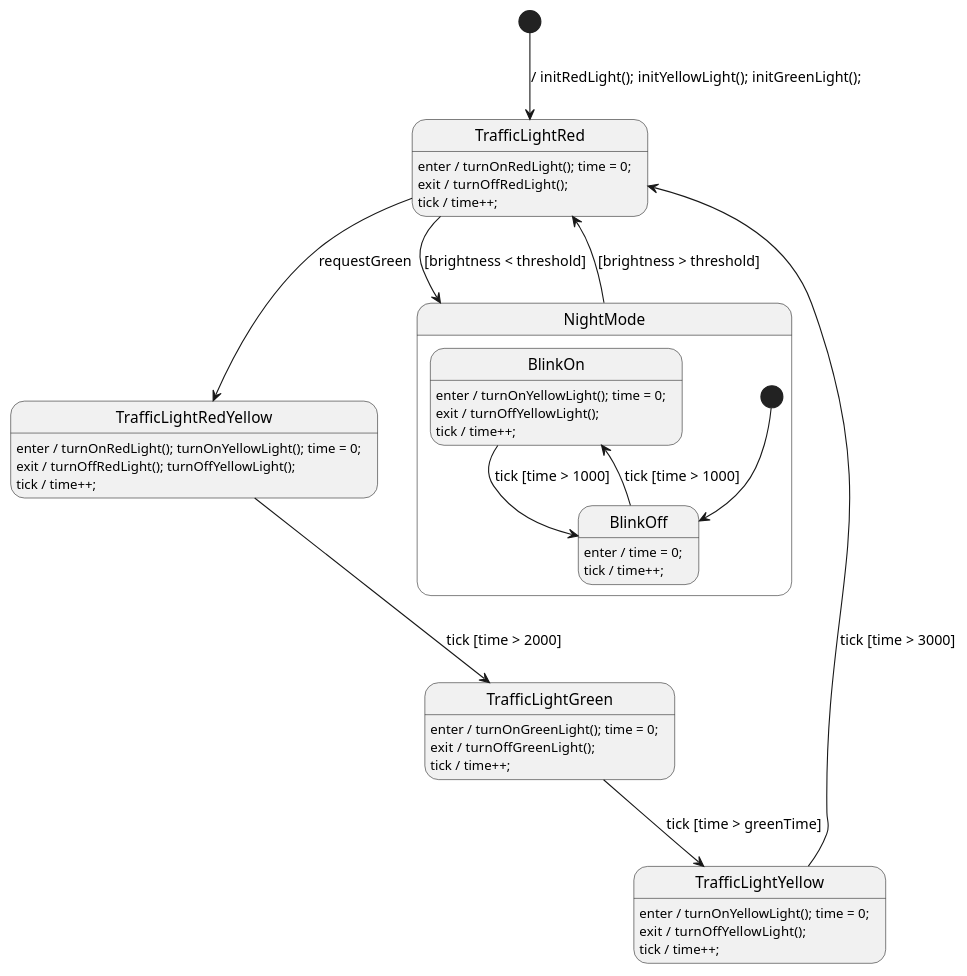
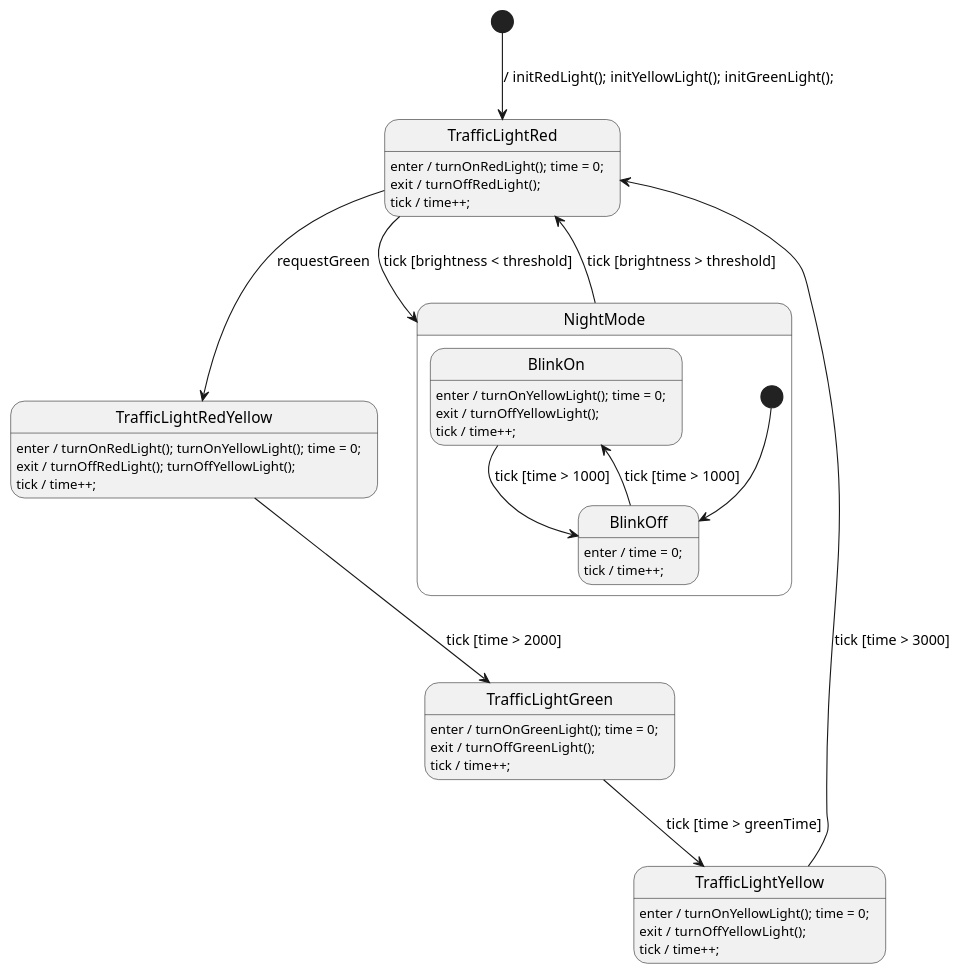
The diagram in State_machine/TrafficLight.plantuml (valentin-haub/esp32-traffic-light-management-system), drawn with PlantUML before and after one commit.

Commit message:
StateMachine angepasst: Guard für Brightness mit Tick-Event verknüpft

```diff
--- a/State_machine/TrafficLight.plantuml
+++ b/State_machine/TrafficLight.plantuml
@@ -1,94 +1,94 @@
 @startuml TrafficLight
 
 ' //////////////////////// STATE ORGANIZATION ///////////////////////
 ' Note: StateSmith treats state names and events as case insensitive.
 ' More info: https://github.com/StateSmith/StateSmith/wiki/PlantUML
 
 state TrafficLightRed
 state TrafficLightRedYellow
 state TrafficLightGreen
 state TrafficLightYellow
 
 state NightMode {
     state BlinkOn
     state BlinkOff
 
     [*] --> BlinkOff
 
     ' BlinkOff
     BlinkOff: enter / time = 0;
     BlinkOff: tick / time++;
     BlinkOff --> BlinkOn : tick [time > 1000]
 
     ' BlinkOn
     BlinkOn: enter / turnOnYellowLight(); time = 0;
     BlinkOn: exit / turnOffYellowLight();
     BlinkOn: tick / time++;
     BlinkOn --> BlinkOff : tick [time > 1000]
 }
 
 
 ' ///////////////////////// STATE HANDLERS /////////////////////////
 ' Syntax: https://github.com/StateSmith/StateSmith/wiki/Behaviors
 
 [*] --> TrafficLightRed : / initRedLight(); initYellowLight(); initGreenLight();
 
 ' TrafficLightRed
 TrafficLightRed: enter / turnOnRedLight(); time = 0;
 TrafficLightRed: exit  / turnOffRedLight();
 TrafficLightRed: tick / time++;
 TrafficLightRed --> TrafficLightRedYellow : requestGreen
-TrafficLightRed --> NightMode : [brightness < threshold]
+TrafficLightRed --> NightMode : tick [brightness < threshold]
 
 ' TrafficLightRedYellow
 TrafficLightRedYellow: enter / turnOnRedLight(); turnOnYellowLight(); time = 0;
 TrafficLightRedYellow: exit / turnOffRedLight(); turnOffYellowLight();
 TrafficLightRedYellow: tick / time++;
 TrafficLightRedYellow --> TrafficLightGreen : tick [time > 2000]
 
 ' TrafficLightGreen
 TrafficLightGreen: enter / turnOnGreenLight(); time = 0;
 TrafficLightGreen: exit  / turnOffGreenLight();
 TrafficLightGreen: tick / time++;
 TrafficLightGreen --> TrafficLightYellow : tick [time > greenTime]
 
 ' TrafficLightYellow
 TrafficLightYellow: enter / turnOnYellowLight(); time = 0;
 TrafficLightYellow: exit  / turnOffYellowLight();
 TrafficLightYellow: tick / time++;
 TrafficLightYellow --> TrafficLightRed : tick [time > 3000]
 
 ' NightMode
-NightMode --> TrafficLightRed : [brightness > threshold]
+NightMode --> TrafficLightRed : tick [brightness > threshold]
 
 
 ' //////////////////////// StateSmith config ////////////////////////
 ' The below special comment block sets the StateSmith configuration.
 ' More info: https://github.com/StateSmith/StateSmith/issues/335
 
 /'! $CONFIG : toml
 
 [RenderConfig]
 FileTop = """
     """
 AutoExpandedVars = """
     uint16_t time;
     uint16_t greenTime;
     uint16_t brightness;
     uint16_t threshold;
     """
 
 [RenderConfig.C]
 CFileExtension = ".cpp"
 HFileExtension = ".hpp"
 HFileIncludes = """
     #include <stdint.h> // for time var
     """
 CFileIncludes = """
     #include "driver.hpp"
     """
 
 [SmRunnerSettings]
 transpilerId = "C99"
 '/
 @enduml
```
